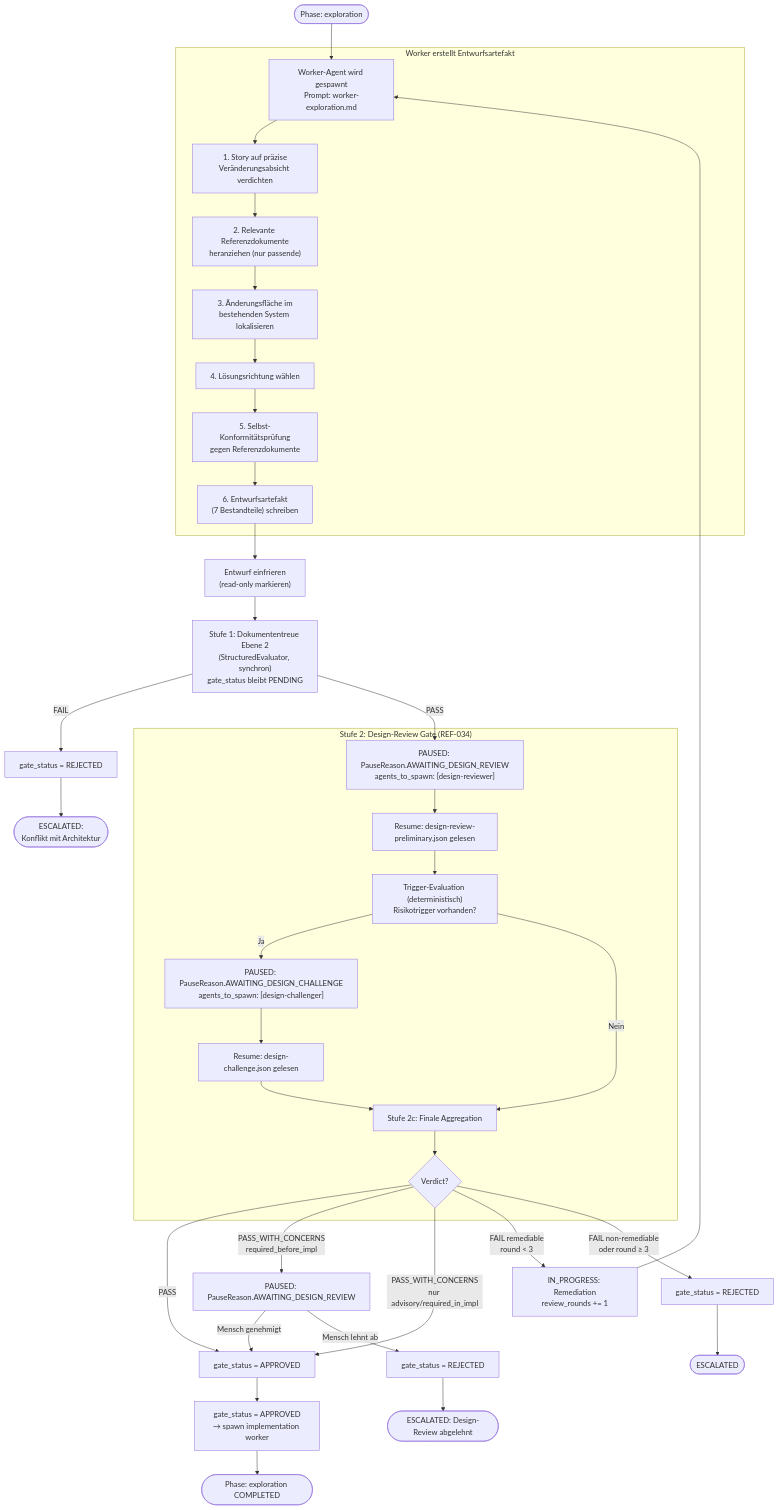
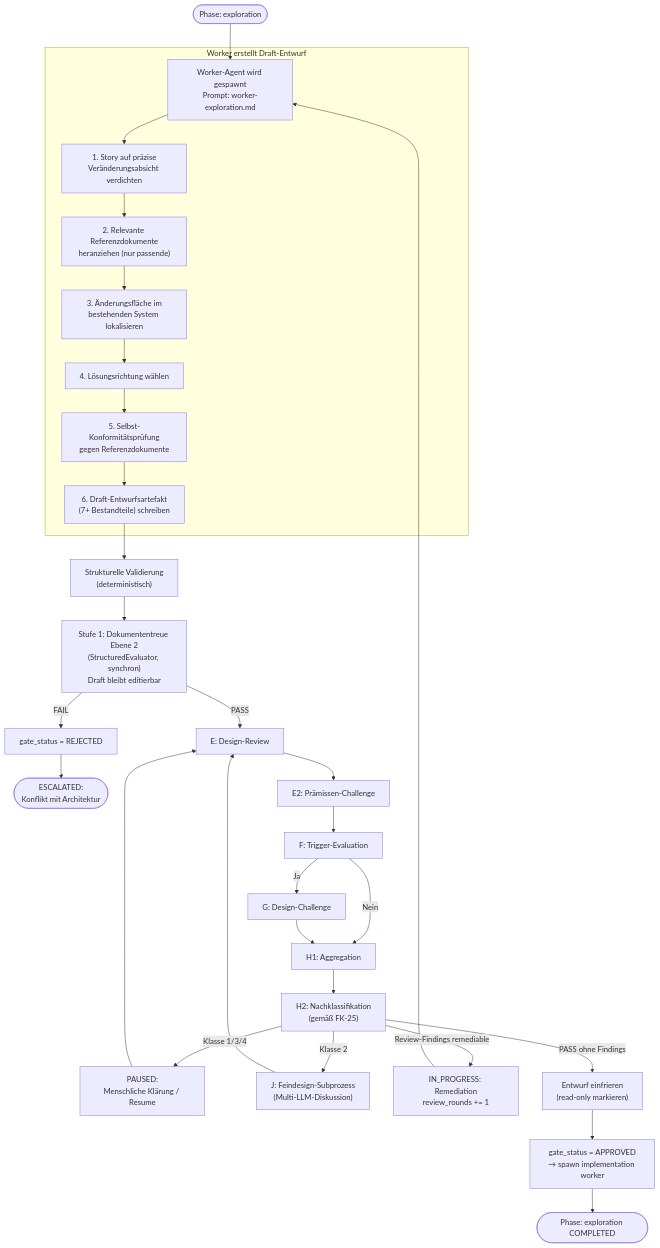
One commit to saltenhof/claude-agentkit3 changed the diagram in concept/technical-design/23_modusermittlung_exploration_change_frame.md. Above: the diagram before and after it, drawn with Mermaid. The commit also changed other lines of this file and 26 other files, not shown here.

Commit message:
Refine AgentKit 3 architecture concepts

````diff
--- a/concept/technical-design/23_modusermittlung_exploration_change_frame.md
+++ b/concept/technical-design/23_modusermittlung_exploration_change_frame.md
@@ -78,46 +81,39 @@
 ```mermaid
 flowchart TD
     START(["Phase: exploration"]) --> WORKER["Worker-Agent wird gespawnt<br/>Prompt: worker-exploration.md"]
 
-    subgraph WORKER_ARBEIT ["Worker erstellt Entwurfsartefakt"]
+    subgraph WORKER_ARBEIT ["Worker erstellt Draft-Entwurf"]
         WORKER --> VERDICHTEN["1. Story auf präzise<br/>Veränderungsabsicht verdichten"]
         VERDICHTEN --> REFERENZ["2. Relevante Referenzdokumente<br/>heranziehen (nur passende)"]
         REFERENZ --> LOKALISIEREN["3. Änderungsfläche im<br/>bestehenden System lokalisieren"]
         LOKALISIEREN --> RICHTUNG["4. Lösungsrichtung wählen"]
         RICHTUNG --> SELBST["5. Selbst-Konformitätsprüfung<br/>gegen Referenzdokumente"]
-        SELBST --> SCHREIBEN["6. Entwurfsartefakt<br/>(7 Bestandteile) schreiben"]
+        SELBST --> SCHREIBEN["6. Draft-Entwurfsartefakt<br/>(7+ Bestandteile) schreiben"]
     end
 
-    SCHREIBEN --> FREEZE["Entwurf einfrieren<br/>(read-only markieren)"]
-
-    FREEZE --> STUFE1["Stufe 1: Dokumententreue Ebene 2<br/>(StructuredEvaluator, synchron)<br/>gate_status bleibt PENDING"]
+    SCHREIBEN --> VALID["Strukturelle Validierung<br/>(deterministisch)"]
+    VALID --> STUFE1["Stufe 1: Dokumententreue Ebene 2<br/>(StructuredEvaluator, synchron)<br/>Draft bleibt editierbar"]
 
     STUFE1 -->|FAIL| REJECT_GS1["gate_status = REJECTED"]
     REJECT_GS1 --> ESC1(["ESCALATED:<br/>Konflikt mit Architektur"])
 
-    STUFE1 -->|PASS| PAUSED_DR["PAUSED: PauseReason.AWAITING_DESIGN_REVIEW<br/>agents_to_spawn: [design-reviewer]"]
+    STUFE1 -->|PASS| REVIEW["E: Design-Review"]
+    REVIEW --> PREMISE["E2: Prämissen-Challenge"]
+    PREMISE --> TRIGGER["F: Trigger-Evaluation"]
+    TRIGGER -->|Ja| CHALLENGE["G: Design-Challenge"]
+    TRIGGER -->|Nein| H1["H1: Aggregation"]
+    CHALLENGE --> H1
+    H1 --> H2["H2: Nachklassifikation<br/>(gemäß FK-25)"]
 
-    subgraph STUFE2 ["Stufe 2: Design-Review Gate (REF-034)"]
-        PAUSED_DR --> RESUME_DR["Resume: design-review-preliminary.json gelesen"]
-        RESUME_DR --> TRIGGER["Trigger-Evaluation (deterministisch)<br/>Risikotrigger vorhanden?"]
-        TRIGGER -->|Ja| PAUSED_DC["PAUSED: PauseReason.AWAITING_DESIGN_CHALLENGE<br/>agents_to_spawn: [design-challenger]"]
-        PAUSED_DC --> RESUME_DC["Resume: design-challenge.json gelesen"]
-        RESUME_DC --> AGG["Stufe 2c: Finale Aggregation"]
-        TRIGGER -->|Nein| AGG
-        AGG --> VERDICT{"Verdict?"}
-    end
+    H2 -->|Klasse 1/3/4| HUMAN_PAUSE["PAUSED:<br/>Menschliche Klärung / Resume"]
+    H2 -->|Klasse 2| FEINDESIGN["J: Feindesign-Subprozess<br/>(Multi-LLM-Diskussion)"]
+    H2 -->|Review-Findings remediable| REMED["IN_PROGRESS: Remediation<br/>review_rounds += 1"]
+    H2 -->|PASS ohne Findings| FREEZE["Entwurf einfrieren<br/>(read-only markieren)"]
 
-    VERDICT -->|PASS| GATE_PASS["gate_status = APPROVED"]
-    VERDICT -->|PASS_WITH_CONCERNS<br/>required_before_impl| HUMAN["PAUSED: PauseReason.AWAITING_DESIGN_REVIEW"]
-    VERDICT -->|PASS_WITH_CONCERNS<br/>nur advisory/required_in_impl| GATE_PASS
-    VERDICT -->|FAIL remediable<br/>round < 3| REMED["IN_PROGRESS: Remediation<br/>review_rounds += 1"]
-    VERDICT -->|FAIL non-remediable<br/>oder round ≥ 3| REJECT_GS2["gate_status = REJECTED"]
-    REJECT_GS2 --> ESC2(["ESCALATED"])
+    FEINDESIGN --> REVIEW
     REMED --> WORKER
+    HUMAN_PAUSE --> REVIEW
 
-    HUMAN -->|"Mensch genehmigt"| GATE_PASS
-    HUMAN -->|"Mensch lehnt ab"| REJECT_GS3["gate_status = REJECTED"]
-    REJECT_GS3 --> ESC_HUMAN(["ESCALATED: Design-Review abgelehnt"])
-    GATE_PASS --> APPROVED["gate_status = APPROVED<br/>→ spawn implementation worker"]
-    APPROVED --> DONE(["Phase: exploration COMPLETED"])
+    FREEZE --> GATE_PASS["gate_status = APPROVED<br/>→ spawn implementation worker"]
+    GATE_PASS --> DONE(["Phase: exploration COMPLETED"])
 ```
````
